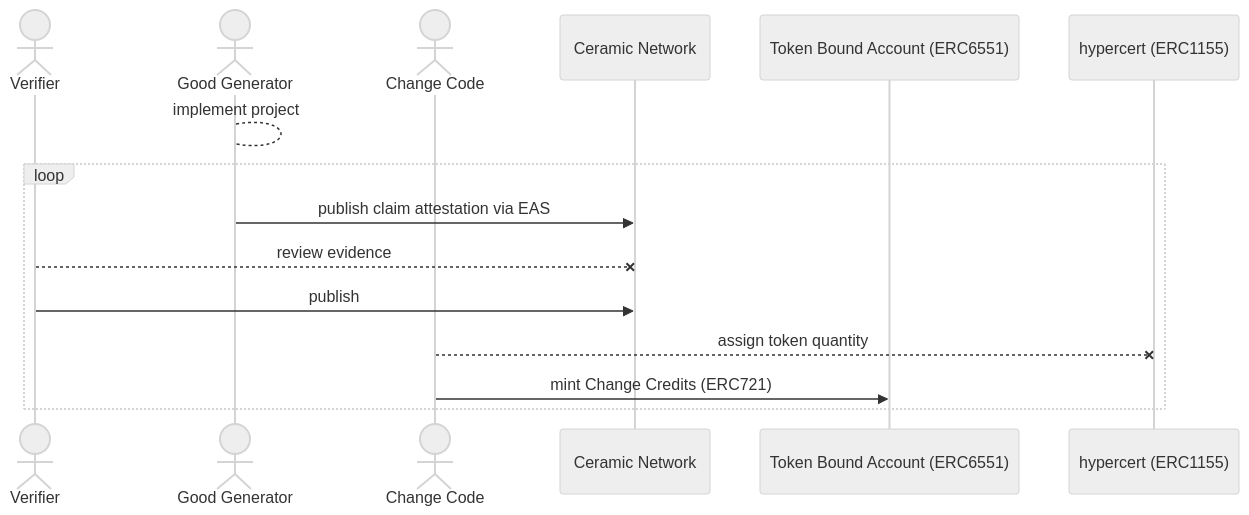
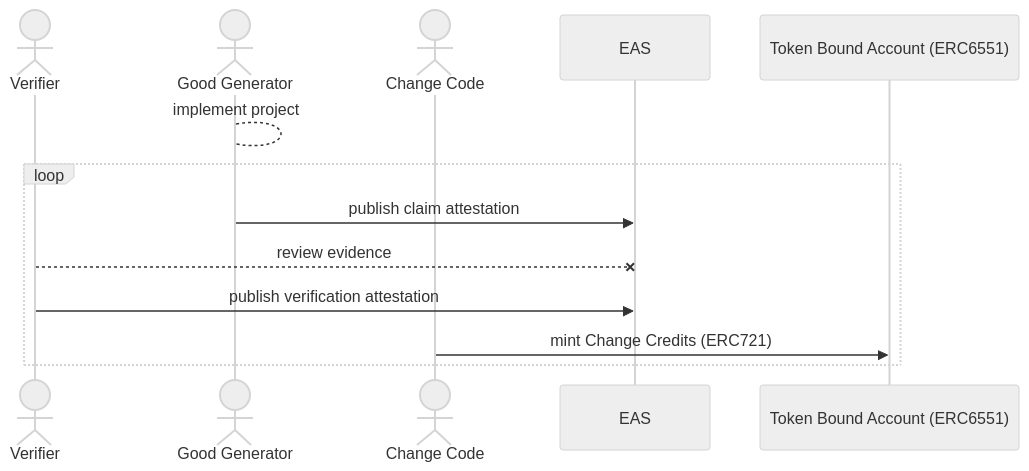
Before and after one commit to change-code-io/docs: the diagram in change-credits/verification.md, drawn with Mermaid (neutral theme). The commit also changed other lines of this file and 3 other files, not shown here.

Commit message:
Foundations updated with networks. Verifcation added. Minting Overview updated to reconcile with Verification. Attestation schemas added.

````diff
--- a/change-credits/verification.md
+++ b/change-credits/verification.md
@@ -9,16 +16,15 @@
 ```mermaid
 sequenceDiagram
     actor Verifier
     actor Good Generator
     actor Change Code
-    participant Ceramic Network
+    participant EAS
     participant Token Bound Account (ERC6551)
     Good Generator-->Good Generator: implement project
     loop
-        Good Generator->>Ceramic Network: publish claim attestation via EAS
-        Verifier--xCeramic Network: review evidence
-        Verifier->>Ceramic Network: publish 
-        Change Code--xhypercert (ERC1155): assign token quantity
+        Good Generator->>EAS: publish claim attestation
+        Verifier--xEAS: review evidence
+        Verifier->>EAS: publish verification attestation
         Change Code->>Token Bound Account (ERC6551): mint Change Credits (ERC721)
     end
 ```
````
